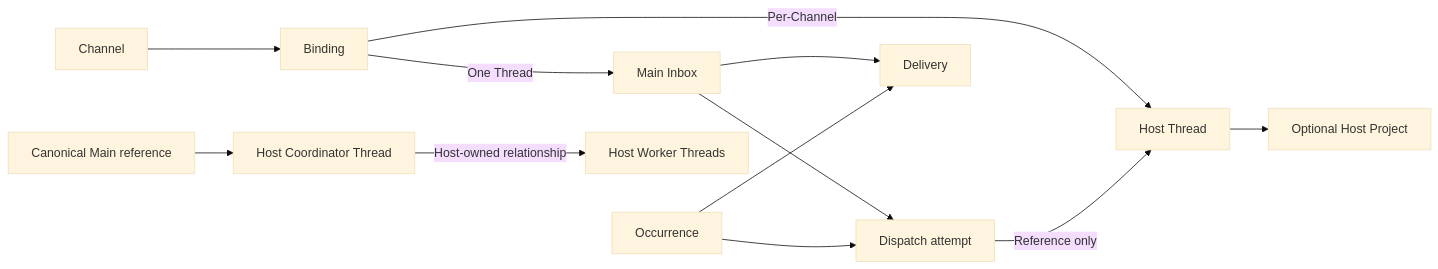
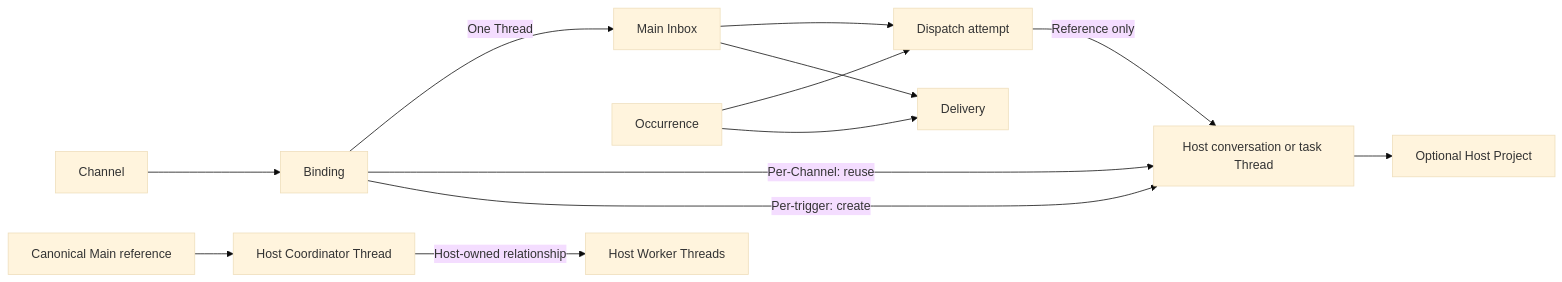
The diagram in spec/01-domain-model.md (Wh1isper/a13n-claw), drawn with Mermaid (base theme) before and after one commit. The commit also changed other lines of this file and 9 other files, not shown here.

````diff
--- a/spec/01-domain-model.md
+++ b/spec/01-domain-model.md
@@ -41,14 +41,15 @@
 ```mermaid
 flowchart LR
     Channel --> Binding
     Binding -->|One Thread| Inbox[Main Inbox]
-    Binding -->|Per-Channel| Target[Host Thread]
+    Binding -->|Per-Channel: reuse| Target[Host conversation or task Thread]
+    Binding -->|Per-trigger: create| Target
     Inbox --> Attempt[Dispatch attempt]
     Occurrence --> Attempt
     Attempt -->|Reference only| Target
     Main[Canonical Main reference] --> Coordinator[Host Coordinator Thread]
     Coordinator -->|Host-owned relationship| Workers[Host Worker Threads]
     Target --> Project[Optional Host Project]
     Inbox --> Delivery
     Occurrence --> Delivery
 ```
````
